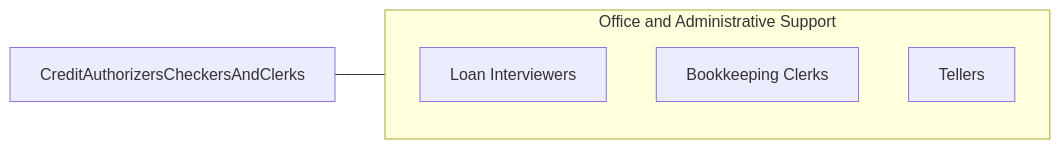
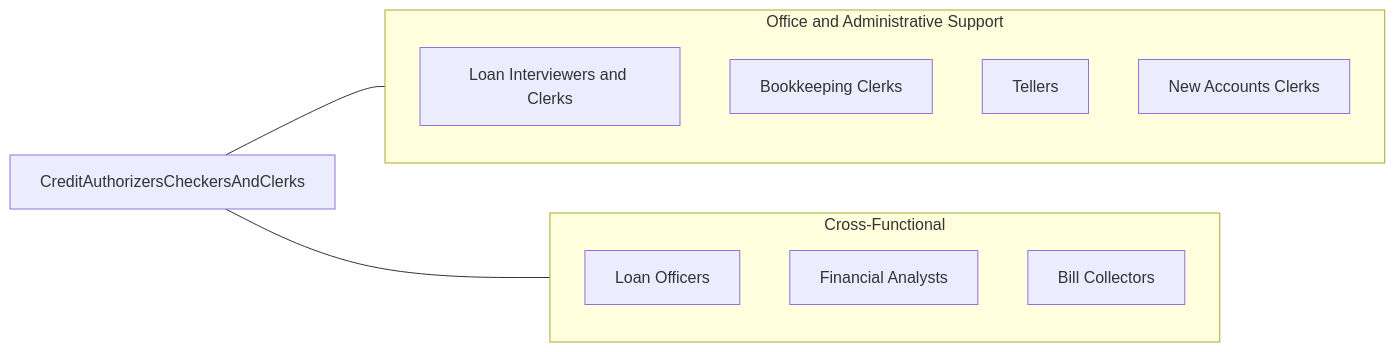
Before and after one commit to kziemski/business.org.ai: the fourth of 4 diagrams in occupations/Administrative/CreditAuthorizersCheckersAndClerks.mdx, drawn with Mermaid. The commit also changed other lines of this file and 19 other files, not shown here.

````diff
--- a/occupations/Administrative/CreditAuthorizersCheckersAndClerks.mdx
+++ b/occupations/Administrative/CreditAuthorizersCheckersAndClerks.mdx
@@ -104,10 +205,20 @@
 ```mermaid
 graph LR
     Current["CreditAuthorizersCheckersAndClerks"]
+
     subgraph SameCategory["Office and Administrative Support"]
-        LoanInterviewers["Loan Interviewers"]
+        LoanInterviewers["Loan Interviewers and Clerks"]
         BookkeepingClerks["Bookkeeping Clerks"]
         Tellers["Tellers"]
+        NewAccountsClerks["New Accounts Clerks"]
     end
+
+    subgraph CrossFunctional["Cross-Functional"]
+        LoanOfficers["Loan Officers"]
+        FinancialAnalysts["Financial Analysts"]
+        CollectionsSpecialists["Bill Collectors"]
+    end
+
     Current --- SameCategory
+    Current --- CrossFunctional
 ```
````
